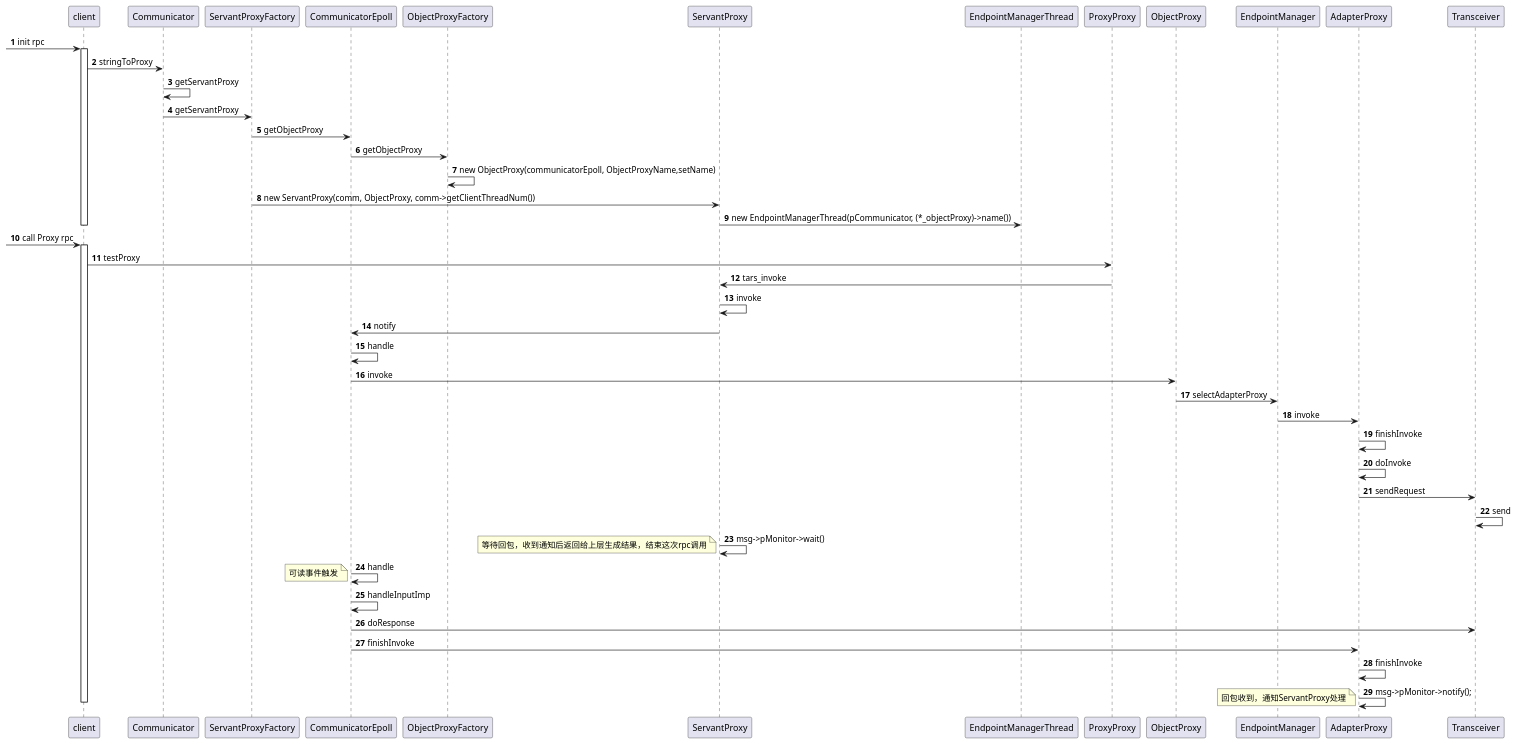
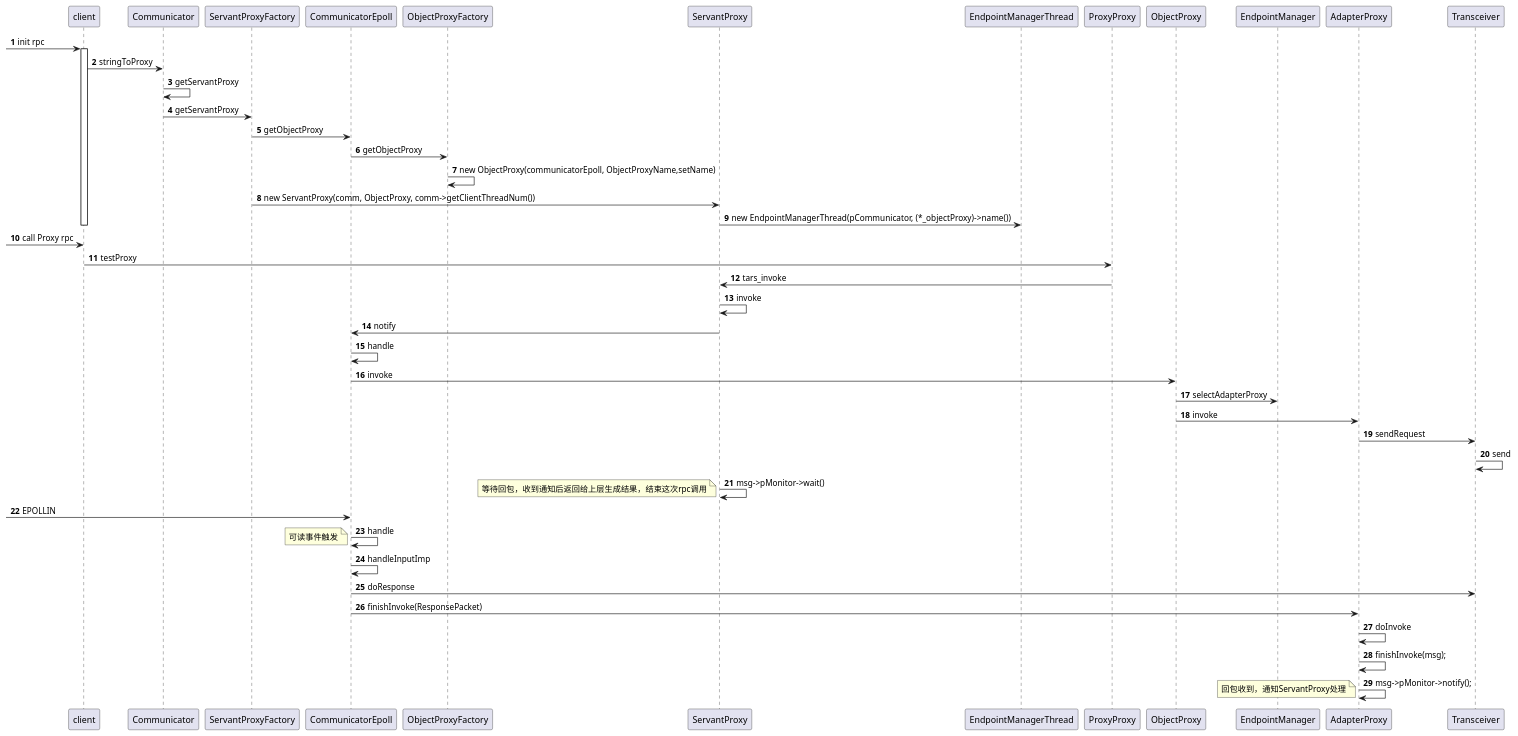
The diagram in uml/client_call.puml (as-xjc/tars_analysis), drawn with PlantUML before and after one commit. The commit also changed 1 other file, not shown here.

```diff
--- a/uml/client_call.puml
+++ b/uml/client_call.puml
@@ -1,42 +1,41 @@
 @startuml
 autonumber
 
 [-> client: init rpc
 activate client
 client -> Communicator:stringToProxy
 Communicator -> Communicator:getServantProxy
 Communicator -> ServantProxyFactory:getServantProxy
 ServantProxyFactory -> CommunicatorEpoll:getObjectProxy
 CommunicatorEpoll -> ObjectProxyFactory:getObjectProxy
 ObjectProxyFactory -> ObjectProxyFactory:new ObjectProxy(communicatorEpoll, ObjectProxyName,setName)
 ServantProxyFactory -> ServantProxy:new ServantProxy(comm, ObjectProxy, comm->getClientThreadNum())
 ServantProxy -> EndpointManagerThread:new EndpointManagerThread(pCommunicator, (*_objectProxy)->name())
 deactivate client
 
 [-> client:call Proxy rpc
-activate client
 client -> ProxyProxy:testProxy
 ProxyProxy -> ServantProxy:tars_invoke
 ServantProxy -> ServantProxy:invoke
 ServantProxy -> CommunicatorEpoll:notify
 CommunicatorEpoll -> CommunicatorEpoll:handle
 CommunicatorEpoll -> ObjectProxy:invoke
 ObjectProxy -> EndpointManager:selectAdapterProxy
-EndpointManager -> AdapterProxy:invoke
-AdapterProxy -> AdapterProxy:finishInvoke
-AdapterProxy -> AdapterProxy:doInvoke
+ObjectProxy -> AdapterProxy:invoke
 AdapterProxy -> Transceiver:sendRequest
 Transceiver -> Transceiver:send
 ServantProxy -> ServantProxy:msg->pMonitor->wait()
 note left:等待回包，收到通知后返回给上层生成结果，结束这次rpc调用
+
+[-> CommunicatorEpoll:EPOLLIN
 CommunicatorEpoll -> CommunicatorEpoll:handle
 note left:可读事件触发
 CommunicatorEpoll -> CommunicatorEpoll:handleInputImp
 CommunicatorEpoll -> Transceiver:doResponse
-CommunicatorEpoll -> AdapterProxy:finishInvoke
-AdapterProxy -> AdapterProxy:finishInvoke
+CommunicatorEpoll -> AdapterProxy:finishInvoke(ResponsePacket)
+AdapterProxy -> AdapterProxy:doInvoke
+AdapterProxy -> AdapterProxy:finishInvoke(msg);
 AdapterProxy -> AdapterProxy:msg->pMonitor->notify();
 note left:回包收到，通知ServantProxy处理
-deactivate client
 
 @enduml
```
